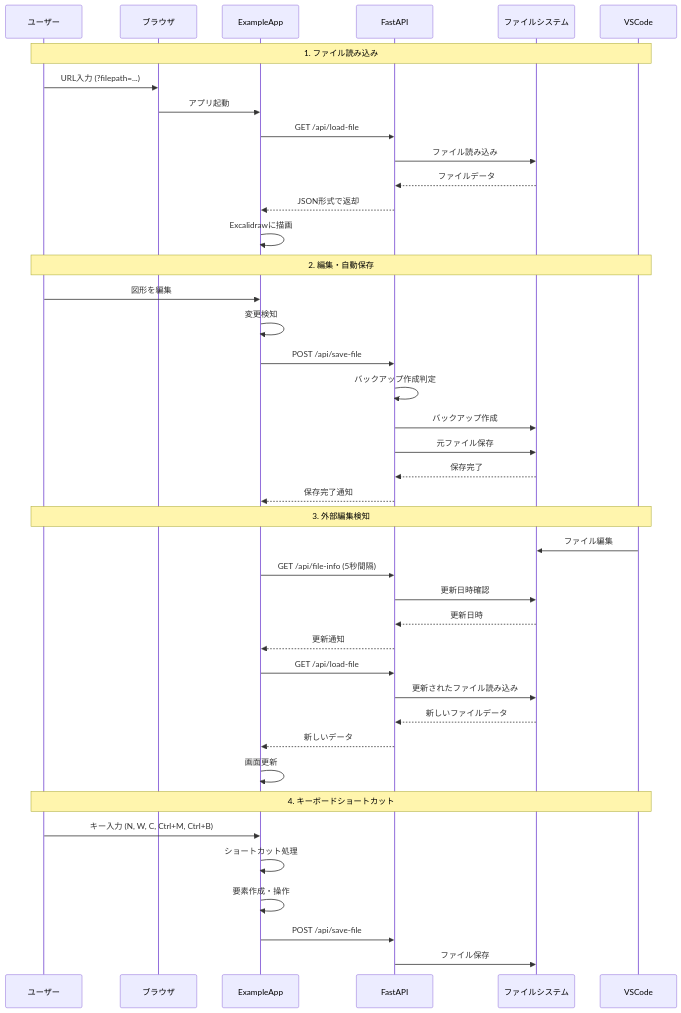
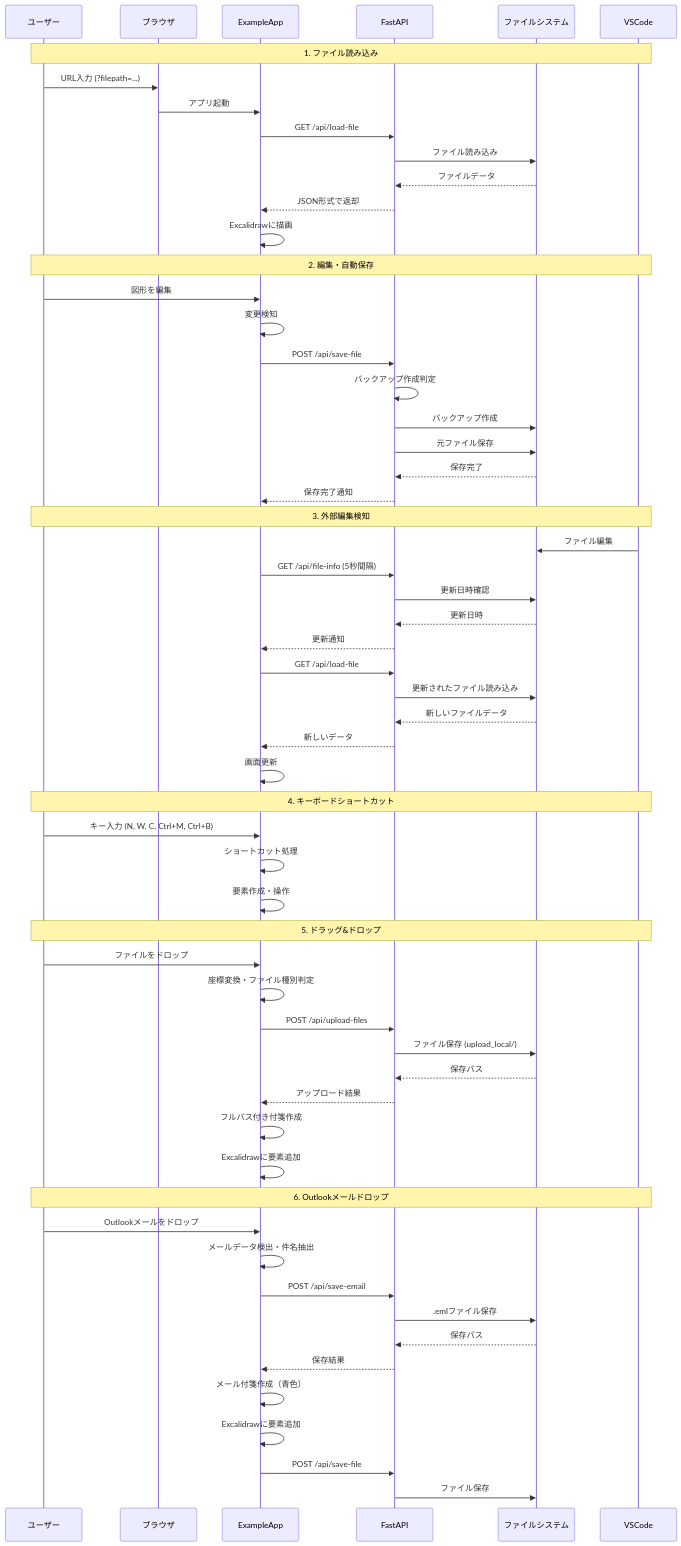
The second of 6 diagrams in docs/architecture.md (myao9494/excalidraw_myao9494), drawn with Mermaid before and after one commit. The commit also changed other lines of this file and 203 other files, not shown here.

````diff
--- a/docs/architecture.md
+++ b/docs/architecture.md
@@ -74,47 +86,67 @@
 ```mermaid
 sequenceDiagram
     participant User as ユーザー
     participant Browser as ブラウザ
     participant App as ExampleApp
     participant API as FastAPI
     participant FS as ファイルシステム
     participant VSCode as VSCode
     
     Note over User,VSCode: 1. ファイル読み込み
     User->>Browser: URL入力 (?filepath=...)
     Browser->>App: アプリ起動
     App->>API: GET /api/load-file
     API->>FS: ファイル読み込み
     FS-->>API: ファイルデータ
     API-->>App: JSON形式で返却
     App->>App: Excalidrawに描画
     
     Note over User,VSCode: 2. 編集・自動保存
     User->>App: 図形を編集
     App->>App: 変更検知
     App->>API: POST /api/save-file
     API->>API: バックアップ作成判定
     API->>FS: バックアップ作成
     API->>FS: 元ファイル保存
     FS-->>API: 保存完了
     API-->>App: 保存完了通知
     
     Note over User,VSCode: 3. 外部編集検知
     VSCode->>FS: ファイル編集
     App->>API: GET /api/file-info (5秒間隔)
     API->>FS: 更新日時確認
     FS-->>API: 更新日時
     API-->>App: 更新通知
     App->>API: GET /api/load-file
     API->>FS: 更新されたファイル読み込み
     FS-->>API: 新しいファイルデータ
     API-->>App: 新しいデータ
     App->>App: 画面更新
     
     Note over User,VSCode: 4. キーボードショートカット
     User->>App: キー入力 (N, W, C, Ctrl+M, Ctrl+B)
     App->>App: ショートカット処理
     App->>App: 要素作成・操作
+    
+    Note over User,VSCode: 5. ドラッグ&ドロップ
+    User->>App: ファイルをドロップ
+    App->>App: 座標変換・ファイル種別判定
+    App->>API: POST /api/upload-files
+    API->>FS: ファイル保存 (upload_local/)
+    FS-->>API: 保存パス
+    API-->>App: アップロード結果
+    App->>App: フルパス付き付箋作成
+    App->>App: Excalidrawに要素追加
+    
+    Note over User,VSCode: 6. Outlookメールドロップ
+    User->>App: Outlookメールをドロップ
+    App->>App: メールデータ検出・件名抽出
+    App->>API: POST /api/save-email
+    API->>FS: .emlファイル保存
+    FS-->>API: 保存パス
+    API-->>App: 保存結果
+    App->>App: メール付箋作成（青色）
+    App->>App: Excalidrawに要素追加
     App->>API: POST /api/save-file
     API->>FS: ファイル保存
 ```
````
